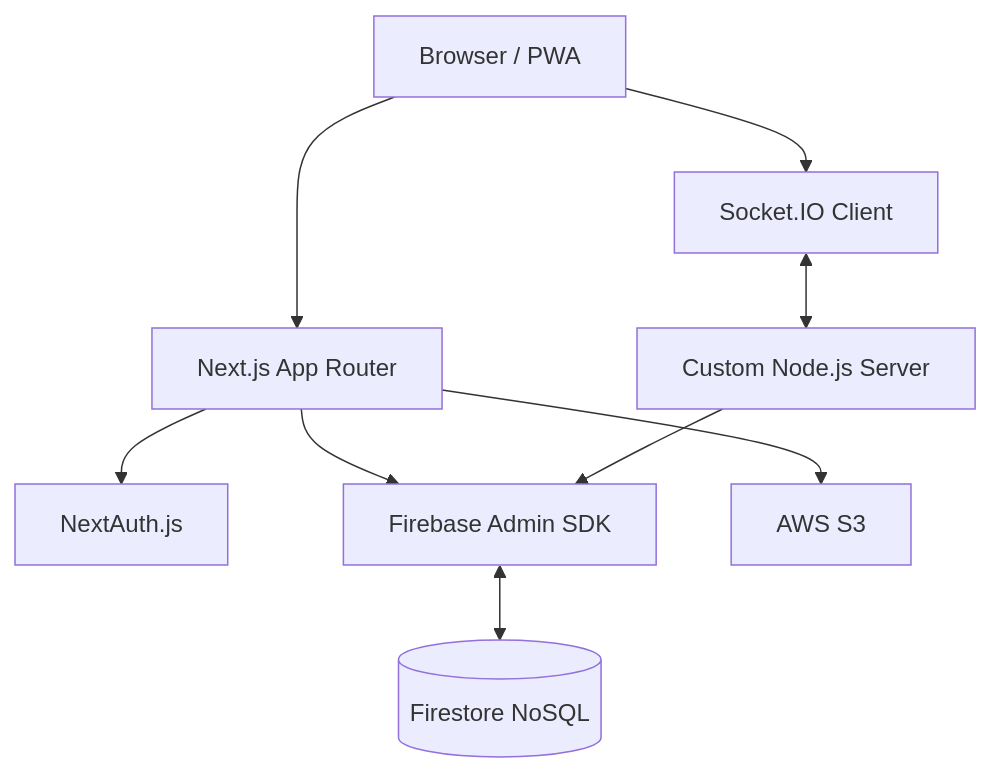
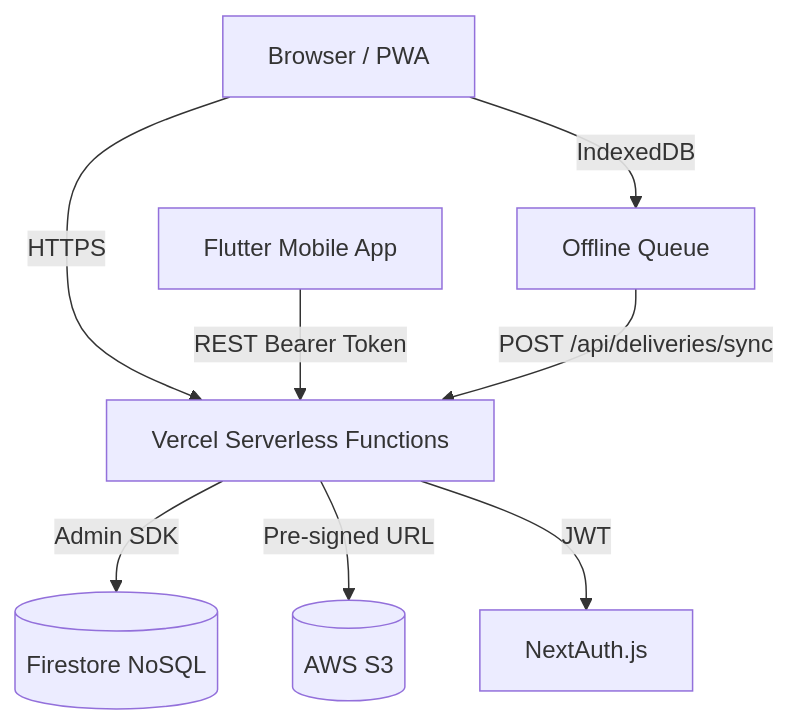
One commit to sandaruns2004/Triathlon_BigBug changed the diagram in waypoint-flow/docs/architecture.md. Above: the diagram before and after it, drawn with Mermaid. The commit also changed other lines of this file and 7 other files, not shown here.

Commit message:
Full project audit fixes: sync API, types, Dockerfile, CI, vercel config, docs

````diff
--- a/waypoint-flow/docs/architecture.md
+++ b/waypoint-flow/docs/architecture.md
@@ -3,14 +3,11 @@
 ```mermaid
 graph TD
-    Client[Browser / PWA] --> Next[Next.js App Router]
-    Client --> Socket[Socket.IO Client]
-    
-    Next --> Auth[NextAuth.js]
-    Next --> DB[Firebase Admin SDK]
-    Next --> AWS[AWS S3]
-    
-    Socket <--> Server[Custom Node.js Server]
-    Server --> DB
-    
-    DB <--> Firestore[(Firestore NoSQL)]
+    Browser[Browser / PWA] -->|HTTPS| Vercel[Vercel Serverless Functions]
+    Flutter[Flutter Mobile App] -->|REST Bearer Token| Vercel
+    Browser -->|IndexedDB| OfflineQ[Offline Queue]
+    OfflineQ -->|POST /api/deliveries/sync| Vercel
+
+    Vercel -->|Admin SDK| DB[(Firestore NoSQL)]
+    Vercel -->|Pre-signed URL| S3[(AWS S3)]
+    Vercel -->|JWT| NextAuth[NextAuth.js]
 ```
````
